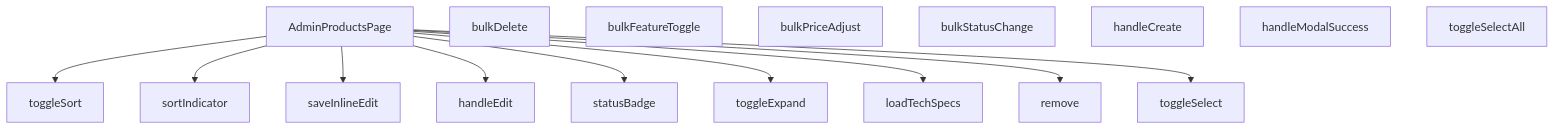
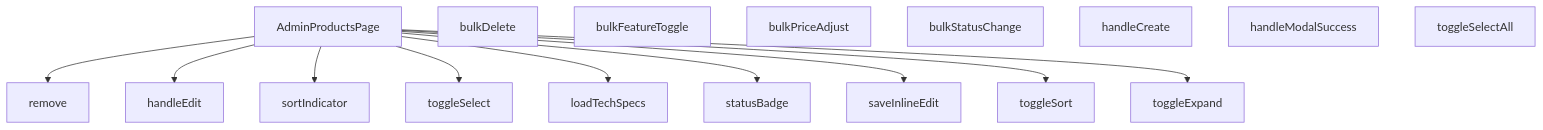
One commit to peckop/venthub-hvac-esite changed the diagram in src/views/admin/AdminProductsPage.md. Above: the diagram before and after it, drawn with Mermaid. The commit also changed other lines of this file and 80 other files, not shown here.

````diff
--- a/src/views/admin/AdminProductsPage.md
+++ b/src/views/admin/AdminProductsPage.md
@@ -487,29 +487,29 @@
 ```mermaid
 graph TD
     AdminProductsPage_tsx__AdminProductsPage["AdminProductsPage"]
     AdminProductsPage_tsx__bulkDelete["bulkDelete"]
     AdminProductsPage_tsx__bulkFeatureToggle["bulkFeatureToggle"]
     AdminProductsPage_tsx__bulkPriceAdjust["bulkPriceAdjust"]
     AdminProductsPage_tsx__bulkStatusChange["bulkStatusChange"]
     AdminProductsPage_tsx__handleCreate["handleCreate"]
     AdminProductsPage_tsx__handleEdit["handleEdit"]
     AdminProductsPage_tsx__handleModalSuccess["handleModalSuccess"]
     AdminProductsPage_tsx__loadTechSpecs["loadTechSpecs"]
     AdminProductsPage_tsx__remove["remove"]
     AdminProductsPage_tsx__saveInlineEdit["saveInlineEdit"]
     AdminProductsPage_tsx__sortIndicator["sortIndicator"]
     AdminProductsPage_tsx__statusBadge["statusBadge"]
     AdminProductsPage_tsx__toggleExpand["toggleExpand"]
     AdminProductsPage_tsx__toggleSelect["toggleSelect"]
     AdminProductsPage_tsx__toggleSelectAll["toggleSelectAll"]
     AdminProductsPage_tsx__toggleSort["toggleSort"]
+    AdminProductsPage_tsx__AdminProductsPage --> AdminProductsPage_tsx__remove
+    AdminProductsPage_tsx__AdminProductsPage --> AdminProductsPage_tsx__handleEdit
+    AdminProductsPage_tsx__AdminProductsPage --> AdminProductsPage_tsx__sortIndicator
+    AdminProductsPage_tsx__AdminProductsPage --> AdminProductsPage_tsx__toggleSelect
+    AdminProductsPage_tsx__AdminProductsPage --> AdminProductsPage_tsx__loadTechSpecs
+    AdminProductsPage_tsx__AdminProductsPage --> AdminProductsPage_tsx__statusBadge
+    AdminProductsPage_tsx__AdminProductsPage --> AdminProductsPage_tsx__saveInlineEdit
     AdminProductsPage_tsx__AdminProductsPage --> AdminProductsPage_tsx__toggleSort
-    AdminProductsPage_tsx__AdminProductsPage --> AdminProductsPage_tsx__sortIndicator
-    AdminProductsPage_tsx__AdminProductsPage --> AdminProductsPage_tsx__saveInlineEdit
-    AdminProductsPage_tsx__AdminProductsPage --> AdminProductsPage_tsx__handleEdit
-    AdminProductsPage_tsx__AdminProductsPage --> AdminProductsPage_tsx__statusBadge
     AdminProductsPage_tsx__AdminProductsPage --> AdminProductsPage_tsx__toggleExpand
-    AdminProductsPage_tsx__AdminProductsPage --> AdminProductsPage_tsx__loadTechSpecs
-    AdminProductsPage_tsx__AdminProductsPage --> AdminProductsPage_tsx__remove
-    AdminProductsPage_tsx__AdminProductsPage --> AdminProductsPage_tsx__toggleSelect
 ```
````
